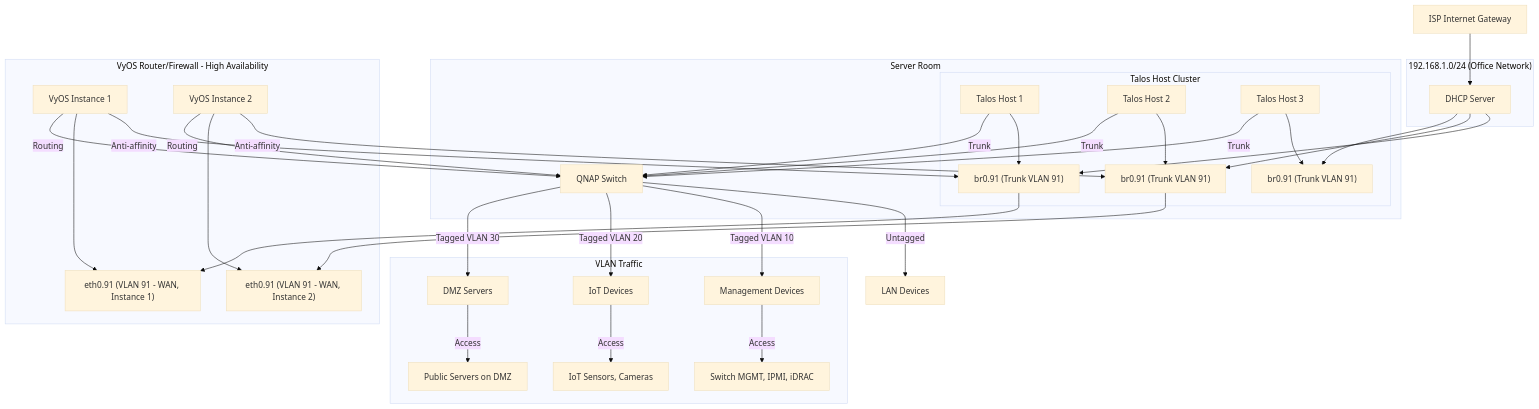
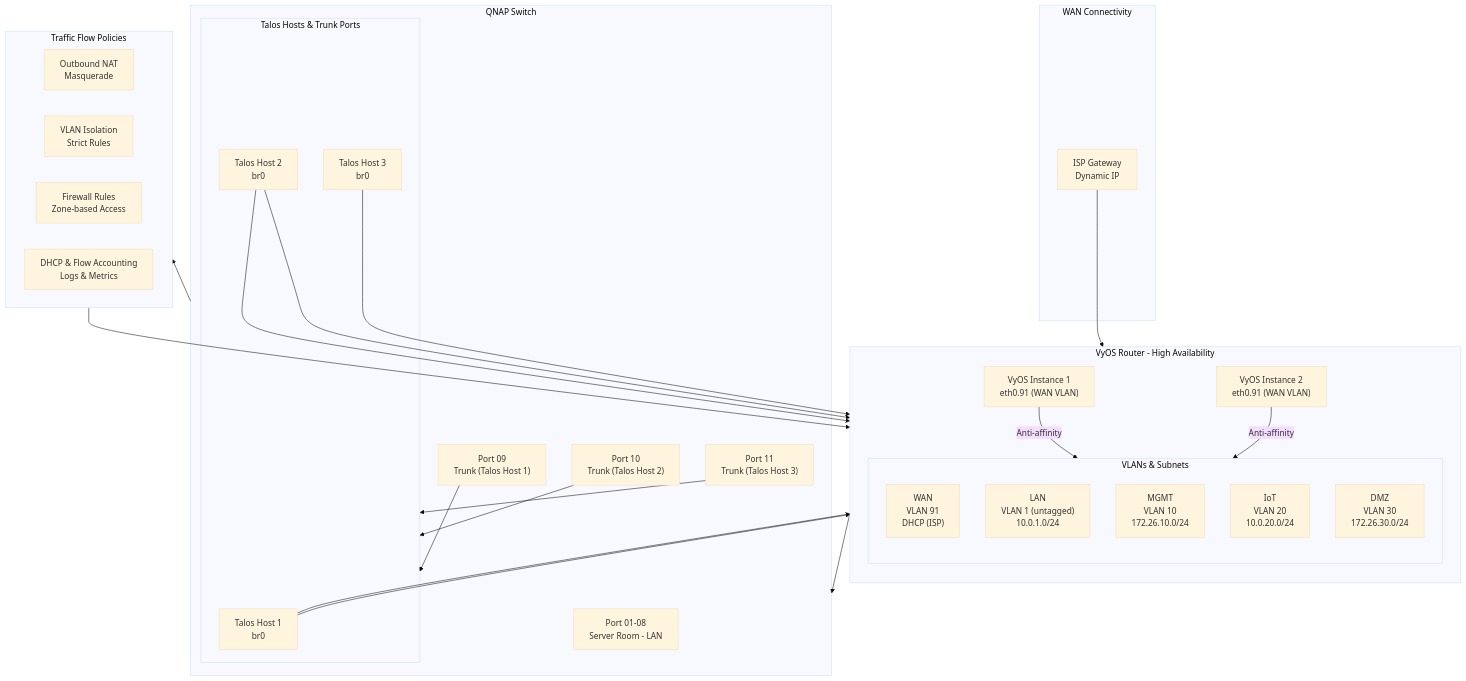
Before and after one commit to ContainerCraft/kc2: the diagram in library/vyos/README.md, drawn with Mermaid (base theme).

````diff
--- a/library/vyos/README.md
+++ b/library/vyos/README.md
@@ -111,56 +111,51 @@
 ```mermaid
-graph TD
-  subgraph Office_Network["192.168.1.0/24 (Office Network)"]
-    DHCP[DHCP Server]
-  end
+flowchart TB
+    subgraph WAN_Connectivity ["WAN Connectivity"]
+        ISP["ISP Gateway<br/>Dynamic IP"]
+    end
 
-  subgraph Server_Room["Server Room"]
-    QNAP[QNAP Switch]
+    subgraph VLANs ["VLANs & Subnets"]
+        direction TB
+        WAN["WAN<br/>VLAN 91<br/>DHCP (ISP)"]
+        LAN["LAN<br/>VLAN 1 (untagged)<br/>10.0.1.0/24"]
+        MGMT["MGMT<br/>VLAN 10<br/>172.26.10.0/24"]
+        IoT["IoT<br/>VLAN 20<br/>10.0.20.0/24"]
+        DMZ["DMZ<br/>VLAN 30<br/>172.26.30.0/24"]
+    end
 
-    subgraph Talos_Host_Cluster["Talos Host Cluster"]
-      Talos1["Talos Host 1"]
-      Talos2["Talos Host 2"]
-      Talos3["Talos Host 3"]
-      Talos1_br0["br0.91 (Trunk VLAN 91)"]
-      Talos2_br0["br0.91 (Trunk VLAN 91)"]
-      Talos3_br0["br0.91 (Trunk VLAN 91)"]
-      Talos1 --> Talos1_br0
-      Talos2 --> Talos2_br0
-      Talos3 --> Talos3_br0
+    subgraph Router ["VyOS Router - High Availability"]
+        direction TB
+        Router1["VyOS Instance 1<br/>eth0.91 (WAN VLAN)"]
+        Router2["VyOS Instance 2<br/>eth0.91 (WAN VLAN)"]
+        Router1 & Router2 -- Anti-affinity --> VLANs
     end
-  end
 
-  subgraph VyOS_Router_HA["VyOS Router/Firewall - High Availability"]
-    VyOS_VM1["VyOS Instance 1"]
-    VyOS_VM2["VyOS Instance 2"]
-    eth0_91_VM1["eth0.91 (VLAN 91 - WAN, Instance 1)"]
-    eth0_91_VM2["eth0.91 (VLAN 91 - WAN, Instance 2)"]
-    VyOS_VM1 -->|Anti-affinity| Talos1_br0
-    VyOS_VM2 -->|Anti-affinity| Talos2_br0
-    VyOS_VM1 --> eth0_91_VM1
-    VyOS_VM2 --> eth0_91_VM2
-  end
+    subgraph Talos_Cluster ["Talos Hosts & Trunk Ports"]
+        Talos1["Talos Host 1<br/>br0"]
+        Talos2["Talos Host 2<br/>br0"]
+        Talos3["Talos Host 3<br/>br0"]
+        Talos1 --> Router1
+        Talos2 --> Router2
+        Talos1 & Talos2 & Talos3 --> VLANs
+    end
 
-  subgraph VLAN_Traffic["VLAN Traffic"]
-    MGMT -->|Access| MGMT_Devices["Switch MGMT, IPMI, iDRAC"]
-    IoT -->|Access| IoT_Devices["IoT Sensors, Cameras"]
-    DMZ -->|Access| DMZ_VMs["Public Servers on DMZ"]
-  end
+    subgraph Switch_Config ["QNAP Switch"]
+        Port01["Port 01-08<br/>Server Room - LAN"]
+        Port09["Port 09<br/>Trunk (Talos Host 1)"]
+        Port10["Port 10<br/>Trunk (Talos Host 2)"]
+        Port11["Port 11<br/>Trunk (Talos Host 3)"]
+        Port09 & Port10 & Port11 --> Talos_Cluster
+    end
 
-  ISP["ISP Internet Gateway"] --> DHCP
-  DHCP --> Talos1_br0 --> eth0_91_VM1
-  DHCP --> Talos2_br0 --> eth0_91_VM2
-  DHCP --> Talos3_br0
+    subgraph Traffic_Policies ["Traffic Flow Policies"]
+        Outbound["Outbound NAT<br/>Masquerade"]
+        Isolation["VLAN Isolation<br/>Strict Rules"]
+        Firewall["Firewall Rules<br/>Zone-based Access"]
+        Monitoring["DHCP & Flow Accounting<br/>Logs & Metrics"]
+    end
 
-  QNAP -->|Untagged| Server_LAN["LAN Devices"]
-  QNAP -->|Tagged VLAN 10| MGMT["Management Devices"]
-  QNAP -->|Tagged VLAN 20| IoT["IoT Devices"]
-  QNAP -->|Tagged VLAN 30| DMZ["DMZ Servers"]
-
-  Talos1 -->|Trunk| QNAP
-  Talos2 -->|Trunk| QNAP
-  Talos3 -->|Trunk| QNAP
-
-  VyOS_VM1 -->|Routing| QNAP
-  VyOS_VM2 -->|Routing| QNAP
+    ISP --> Router
+    Router --> Switch_Config
+    Switch_Config --> Traffic_Policies
+    Traffic_Policies --> VLANs
 ```
````
